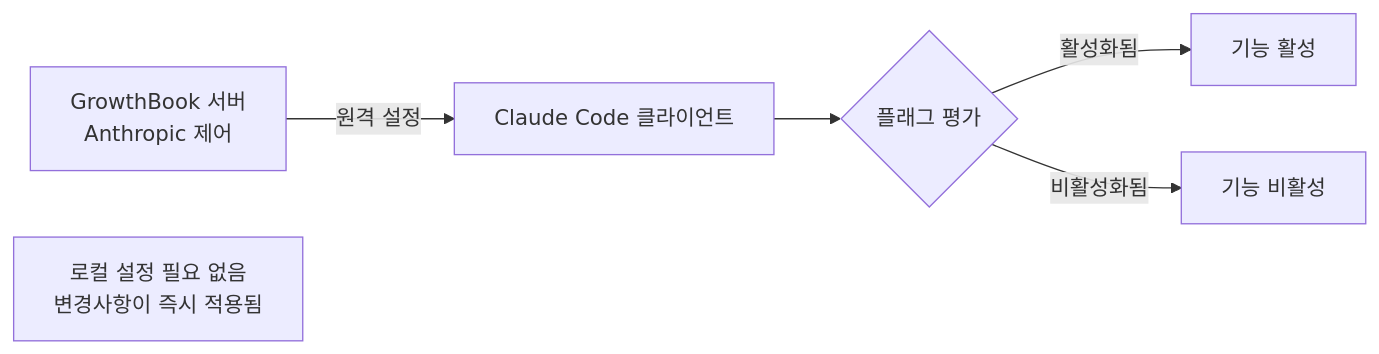
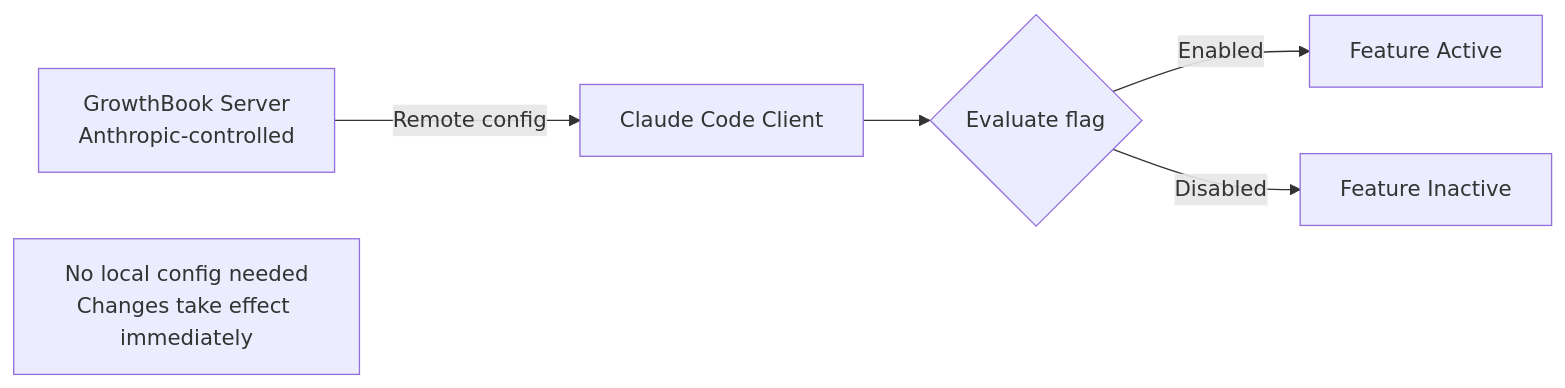
One commit to hi-space/claude-code-unpack-docs changed the second of 3 diagrams in docs/deep/ko/hidden-features/feature-flags.md. Above: the diagram before and after it, drawn with Mermaid. The commit also changed other lines of this file and 51 other files, not shown here.

````diff
--- a/docs/deep/ko/hidden-features/feature-flags.md
+++ b/docs/deep/ko/hidden-features/feature-flags.md
@@ -67,9 +87,9 @@
 ```mermaid
 flowchart LR
-    GB[GrowthBook 서버<br/>Anthropic 제어] -->|"원격 설정"| CC[Claude Code 클라이언트]
-    CC --> Eval{플래그 평가}
-    Eval -->|"활성화됨"| Feature[기능 활성]
-    Eval -->|"비활성화됨"| NoFeature[기능 비활성]
+    GB[GrowthBook Server<br/>Anthropic-controlled] -->|"Remote config"| CC[Claude Code Client]
+    CC --> Eval{Evaluate flag}
+    Eval -->|"Enabled"| Feature[Feature Active]
+    Eval -->|"Disabled"| NoFeature[Feature Inactive]
 
-    Note[로컬 설정 필요 없음<br/>변경사항이 즉시 적용됨]
+    Note[No local config needed<br/>Changes take effect immediately]
 ```
````
